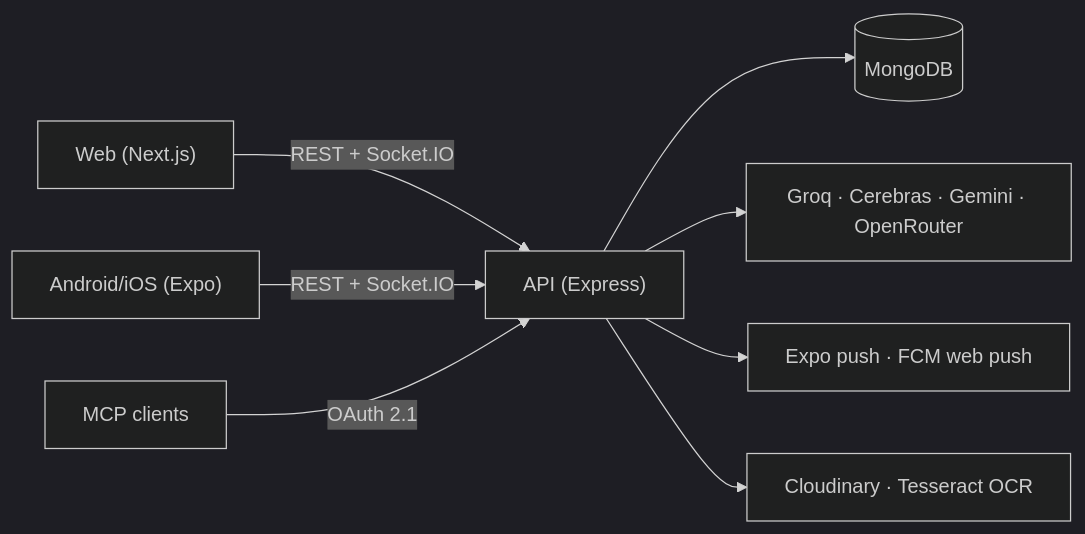
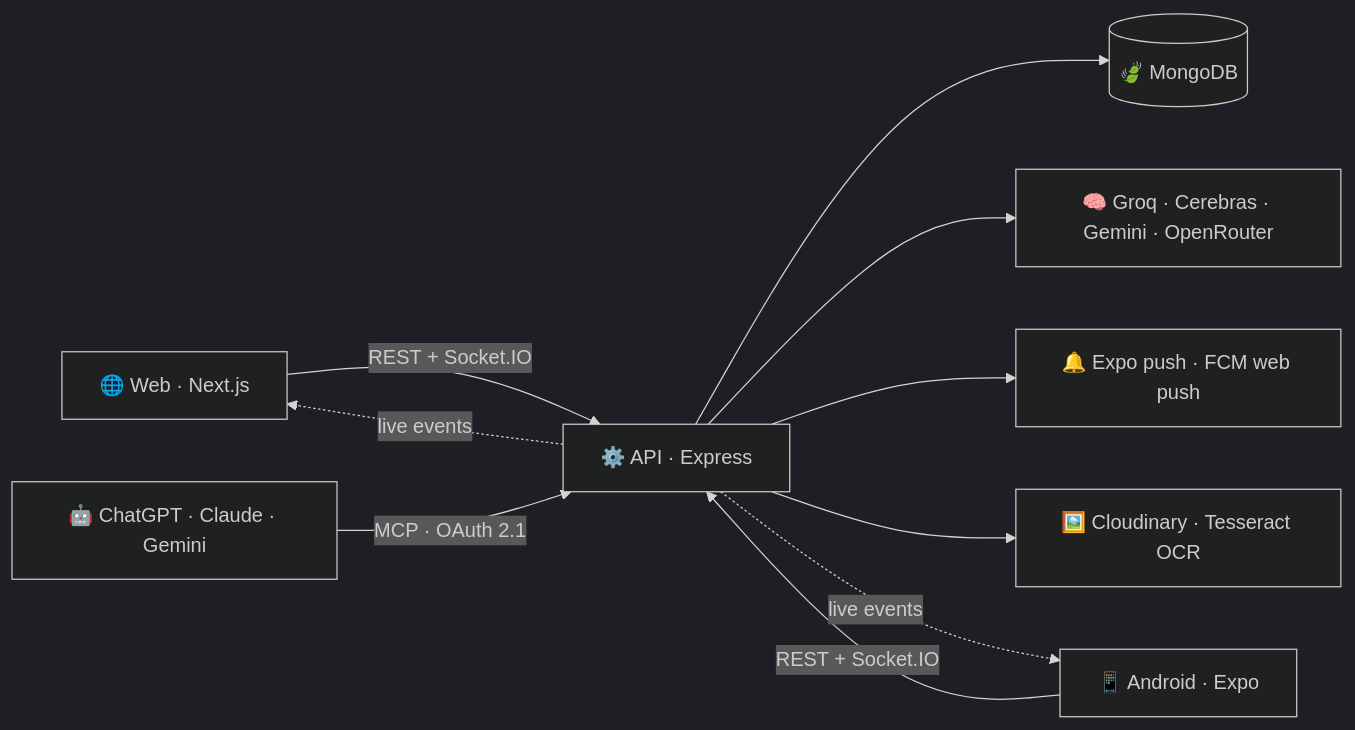
One commit to Gautam5514/Split-Expense changed the diagram in README.md. Above: the diagram before and after it, drawn with Mermaid (dark theme). The commit also changed other lines of this file and 59 other files, not shown here.

````diff
--- a/README.md
+++ b/README.md
@@ -122,10 +166,12 @@
 ```mermaid
 flowchart LR
-  W["Web (Next.js)"] -- REST + Socket.IO --> API["API (Express)"]
-  A["Android/iOS (Expo)"] -- REST + Socket.IO --> API
-  M["MCP clients"] -- OAuth 2.1 --> API
-  API --> DB[("MongoDB")]
-  API --> LLM["Groq · Cerebras · Gemini · OpenRouter"]
-  API --> P["Expo push · FCM web push"]
-  API --> C["Cloudinary · Tesseract OCR"]
+  W["🌐 Web · Next.js"] -- "REST + Socket.IO" --> API["⚙️ API · Express"]
+  A["📱 Android · Expo"] -- "REST + Socket.IO" --> API
+  M["🤖 ChatGPT · Claude · Gemini"] -- "MCP · OAuth 2.1" --> API
+  API --> DB[("🍃 MongoDB")]
+  API --> LLM["🧠 Groq · Cerebras · Gemini · OpenRouter"]
+  API --> P["🔔 Expo push · FCM web push"]
+  API --> C["🖼️ Cloudinary · Tesseract OCR"]
+  API -. "live events" .-> W
+  API -. "live events" .-> A
 ```
````
